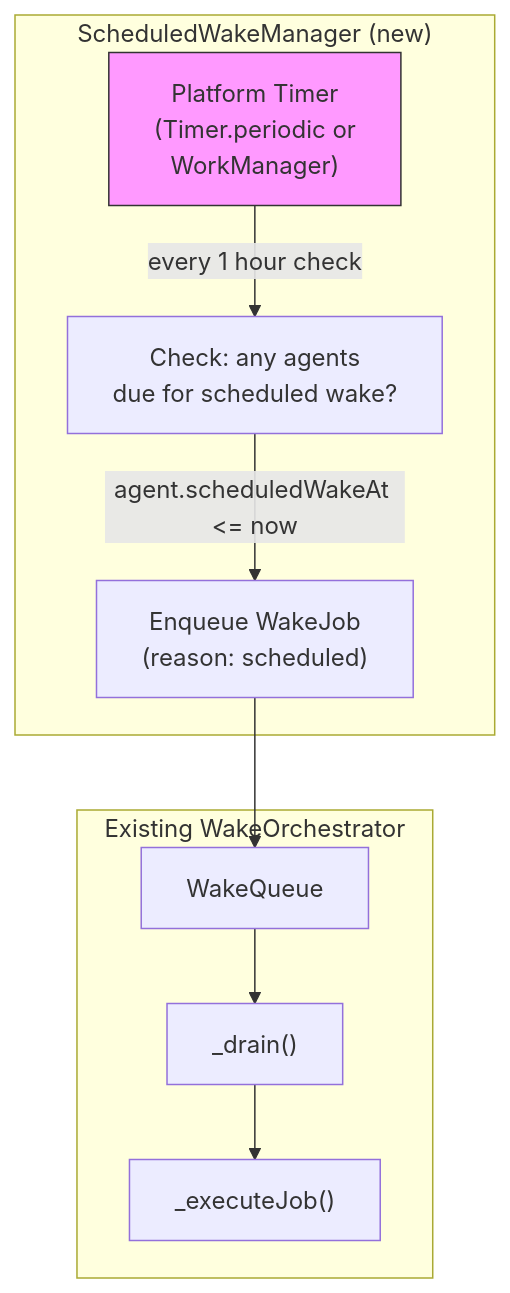
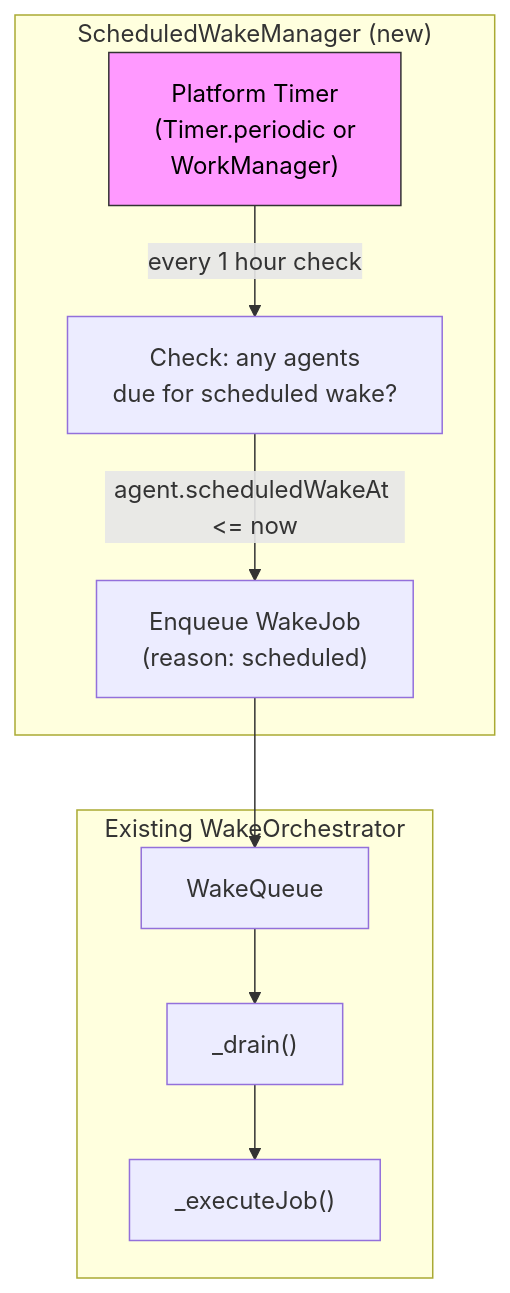
Before and after one commit to matthiasn/lotti: the ninth of 16 diagrams in docs/implementation_plans/2026-03-01_weekly_one_on_one_self_learning_cycle.md, drawn with Mermaid. The commit also changed other lines of this file and 2 other files, not shown here.

````diff
--- a/docs/implementation_plans/2026-03-01_weekly_one_on_one_self_learning_cycle.md
+++ b/docs/implementation_plans/2026-03-01_weekly_one_on_one_self_learning_cycle.md
@@ -530,22 +522,22 @@
 ```mermaid
 flowchart TD
     subgraph "ScheduledWakeManager (new)"
         TIMER["Platform Timer\n(Timer.periodic or\nWorkManager)"]
         CHECK["Check: any agents\ndue for scheduled wake?"]
         ENQUEUE["Enqueue WakeJob\n(reason: scheduled)"]
     end
 
     subgraph "Existing WakeOrchestrator"
         WQ["WakeQueue"]
         DRAIN["_drain()"]
         EXEC["_executeJob()"]
     end
 
     TIMER -->|"every 1 hour check"| CHECK
     CHECK -->|"agent.scheduledWakeAt <= now"| ENQUEUE
     ENQUEUE --> WQ
     WQ --> DRAIN
     DRAIN --> EXEC
 
-    style TIMER fill:#f9f,stroke:#333
+    style TIMER fill:#f9f,stroke:#333,color:#000
 ```
````
